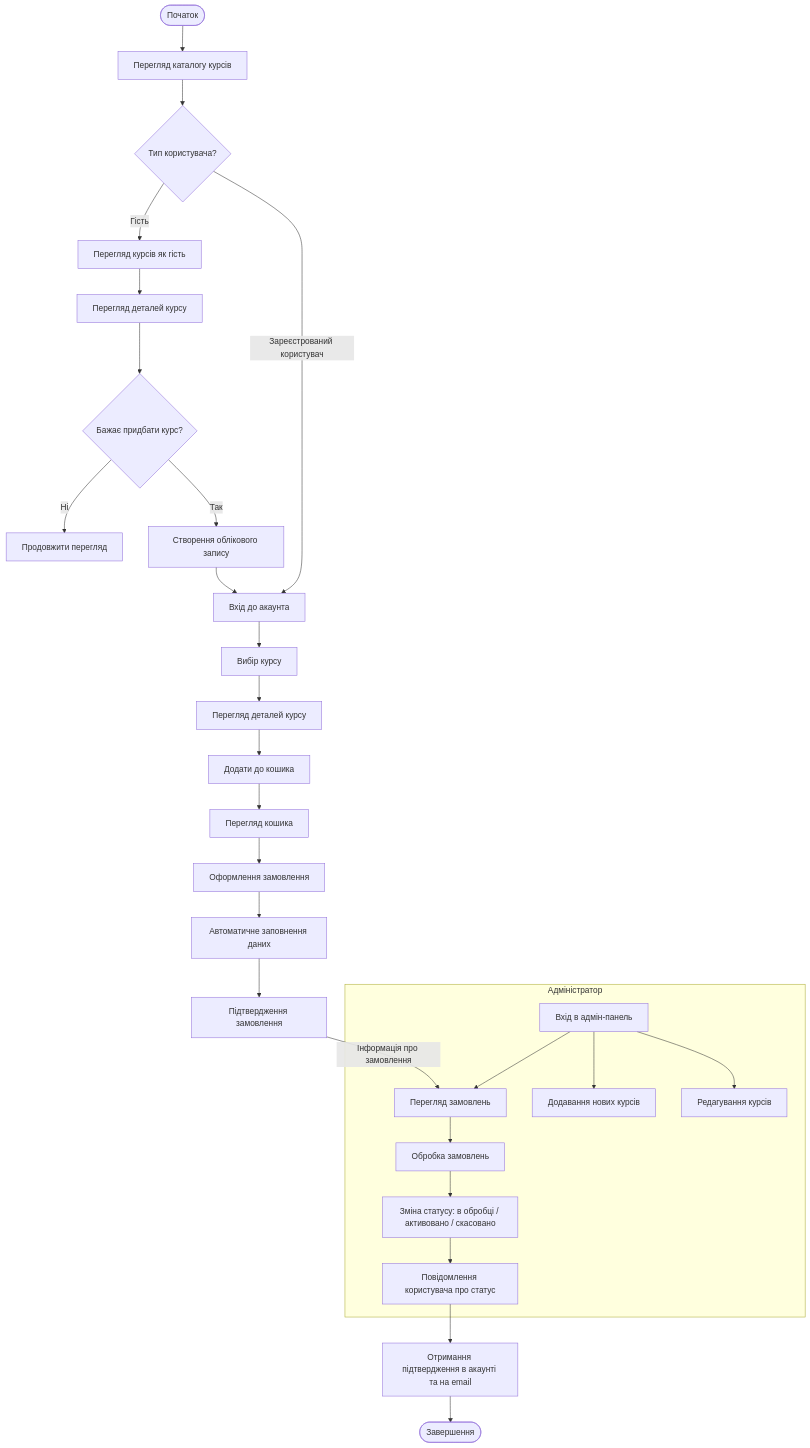
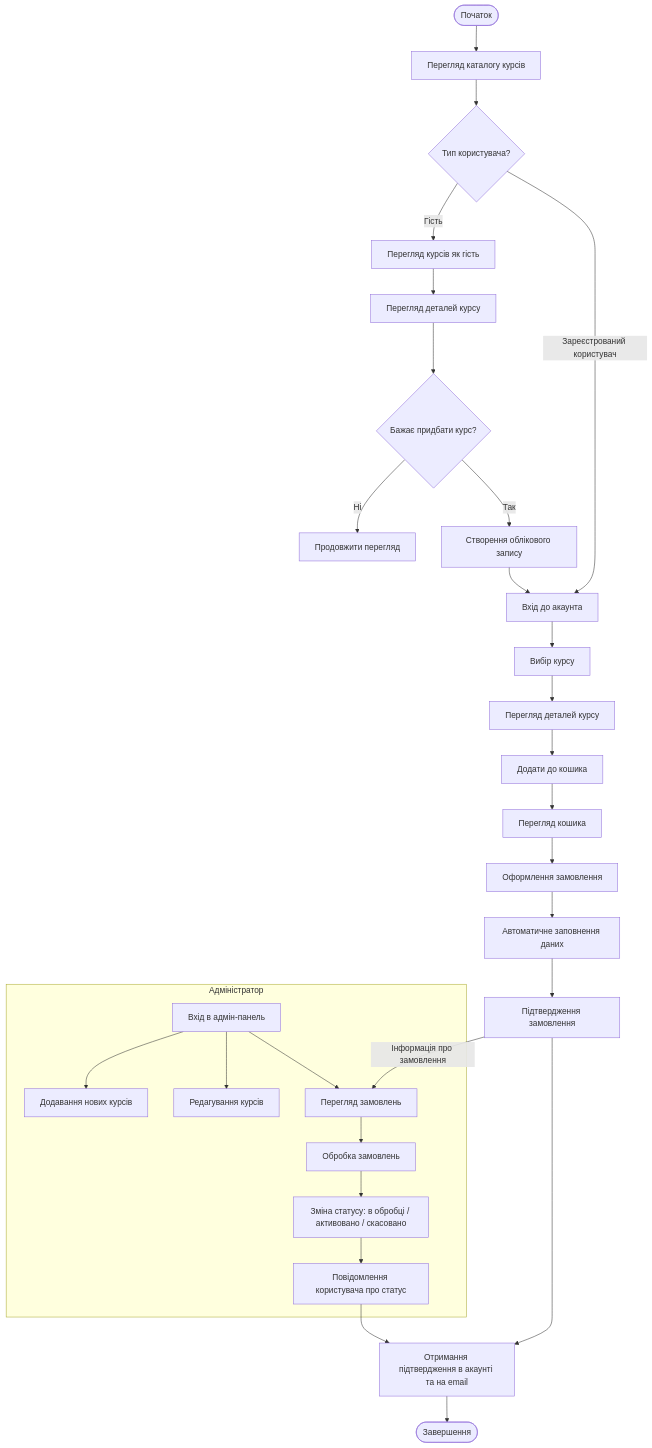
One commit to vvv898/software-quality-engineering changed the diagram in README.md. Above: the diagram before and after it, drawn with Mermaid.

````diff
--- a/README.md
+++ b/README.md
@@ -3,44 +3,45 @@
 ```mermaid
 graph TD
 
 %% === ПОЧАТОК ===
 Start([Початок]) --> A[Перегляд каталогу курсів]
 
 %% === ВИБІР РОЛІ ===
 A --> B{Тип користувача?}
 
 %% === ГОСТЬ ===
 B -- Гість --> G1[Перегляд курсів як гість]
 G1 --> G2[Перегляд деталей курсу]
 G2 --> G3{Бажає придбати курс?}
 G3 -- Ні --> G4[Продовжити перегляд]
 G3 -- Так --> G5[Створення облікового запису]
 G5 --> R1[Вхід до акаунта]
 
 %% === ЗАРЕЄСТРОВАНИЙ КОРИСТУВАЧ ===
 B -- Зареєстрований користувач --> R1
 R1 --> R2[Вибір курсу]
 R2 --> R3[Перегляд деталей курсу]
 R3 --> R4[Додати до кошика]
 R4 --> R5[Перегляд кошика]
 R5 --> R6[Оформлення замовлення]
 R6 --> R7[Автоматичне заповнення даних]
 R7 --> R8[Підтвердження замовлення]
 
 %% === ВЗАЄМОДІЯ ===
 R8 -->|Інформація про замовлення| A4
 
 %% === АДМІНІСТРАТОР ===
 subgraph "Адміністратор"
   A1[Вхід в адмін-панель] --> A2[Додавання нових курсів]
   A1 --> A3[Редагування курсів]
   A1 --> A4[Перегляд замовлень]
   A4 --> A5[Обробка замовлень]
   A5 --> A6[Зміна статусу: в обробці / активовано / скасовано]
   A6 --> A7[Повідомлення користувача про статус]
 end
 
 %% === КОРИСТУВАЧ ПІСЛЯ ОБРОБКИ ===
 A7 --> U1[Отримання підтвердження в акаунті та на email]
+R8 --> U1
 U1 --> End([Завершення])
 ```
````
